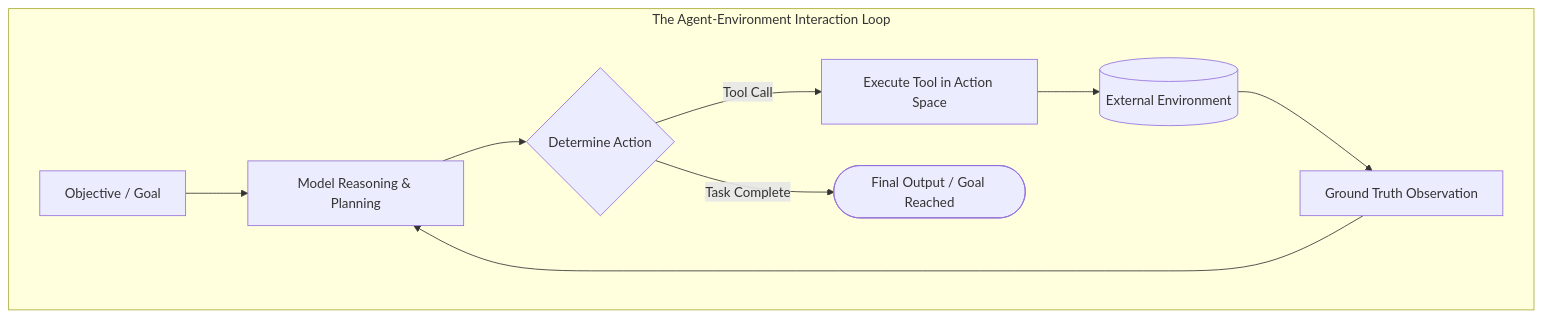
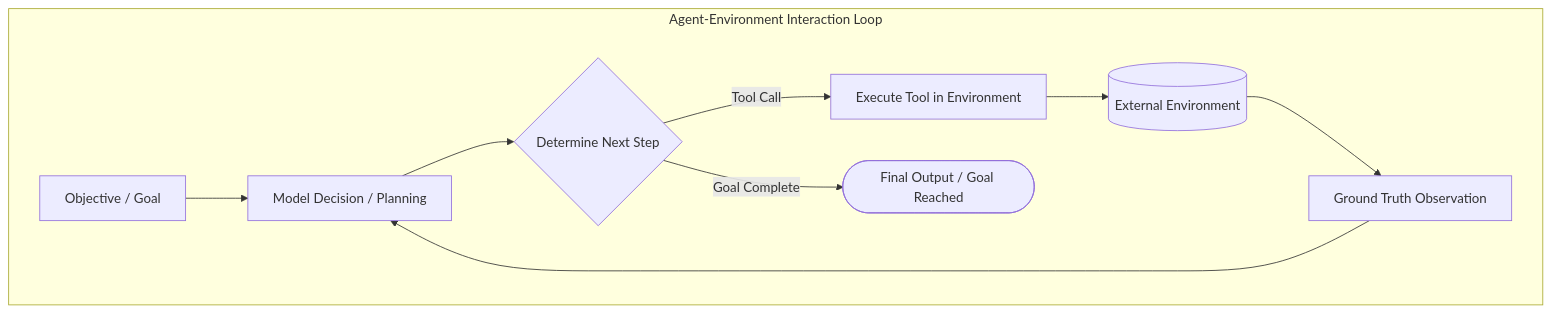
One commit to sivaskm/agentic-ai-engineering changed the third of 14 diagrams in module-01-agentic-ai-foundations/content/01-from-generative-ai-to-agentic-control-loops.md. Above: the diagram before and after it, drawn with Mermaid. The commit also changed other lines of this file and 8 other files, not shown here.

````diff
--- a/module-01-agentic-ai-foundations/content/01-from-generative-ai-to-agentic-control-loops.md
+++ b/module-01-agentic-ai-foundations/content/01-from-generative-ai-to-agentic-control-loops.md
@@ -133,12 +154,12 @@
 ```mermaid
 flowchart TD
-    subgraph Agent Loop ["The Agent-Environment Interaction Loop"]
-        Goal[Objective / Goal] --> Reasoning[Model Reasoning & Planning]
-        Reasoning --> Propose{Determine Action}
-        Propose -->|Tool Call| ToolExec[Execute Tool in Action Space]
+    subgraph AgentLoop ["Agent-Environment Interaction Loop"]
+        Goal[Objective / Goal] --> Decision[Model Decision / Planning]
+        Decision --> Propose{Determine Next Step}
+        Propose -->|Tool Call| ToolExec[Execute Tool in Environment]
         ToolExec --> Env[(External Environment)]
         Env --> Obs[Ground Truth Observation]
-        Obs --> Reasoning
-        Propose -->|Task Complete| Terminate([Final Output / Goal Reached])
+        Obs --> Decision
+        Propose -->|Goal Complete| Terminate([Final Output / Goal Reached])
     end
 ```
````
